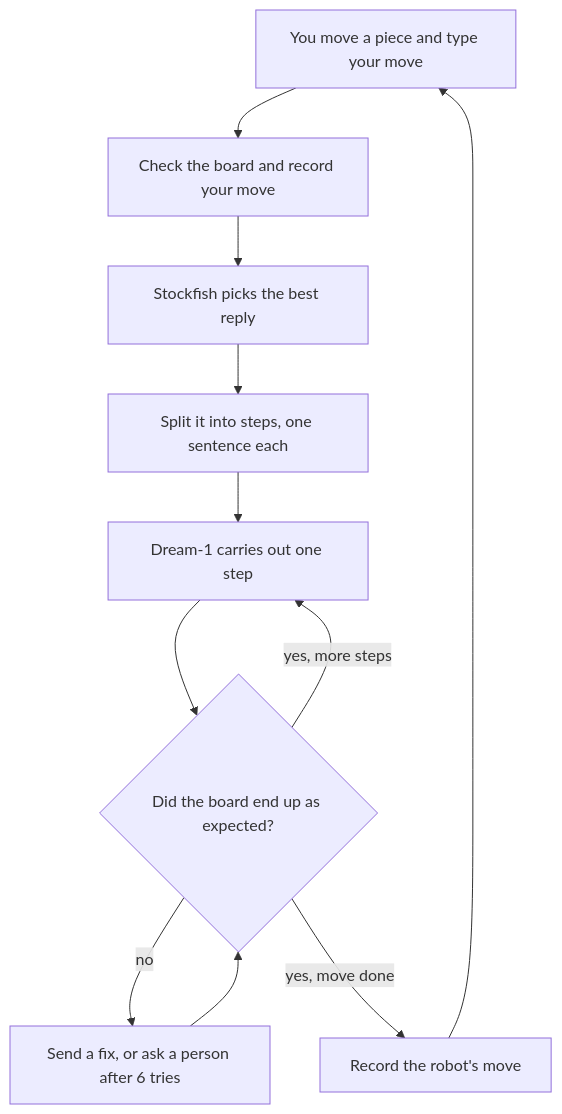
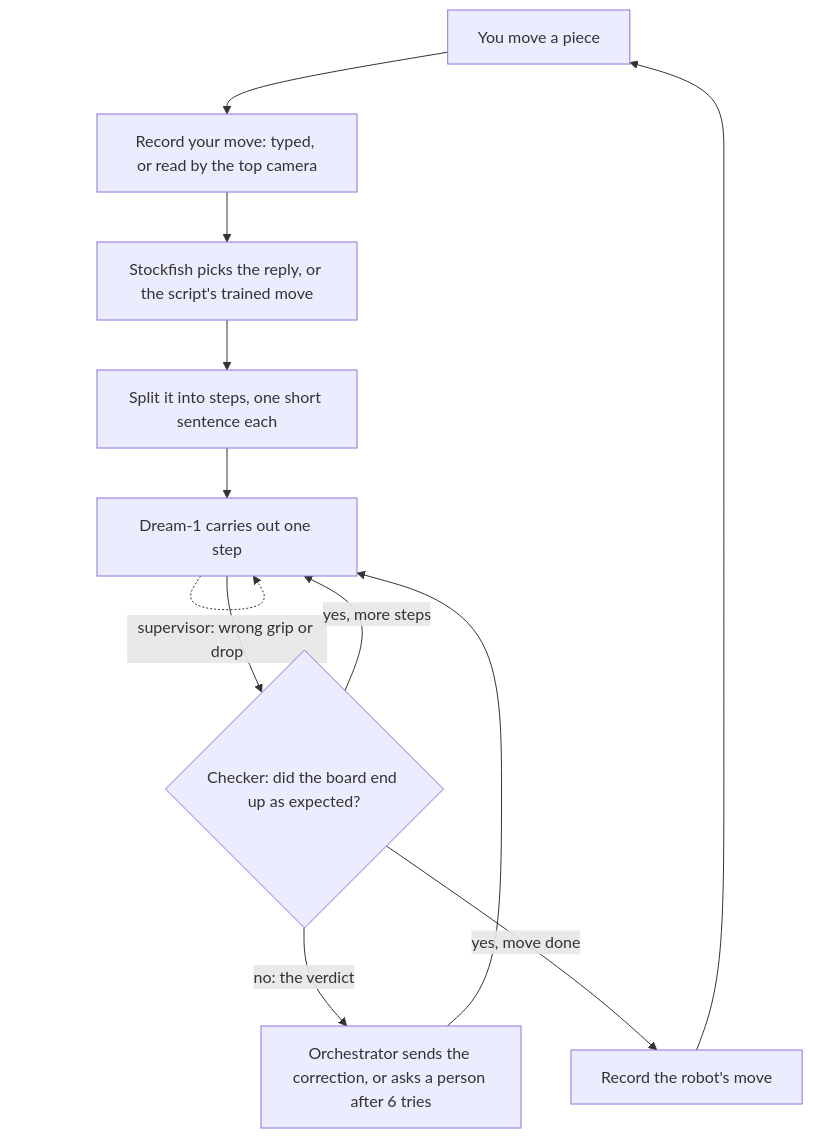
The first of 2 diagrams in README.md (aballal-source/dream-chess), drawn with Mermaid before and after one commit. The commit also changed other lines of this file, not shown here.

````diff
--- a/README.md
+++ b/README.md
@@ -46,13 +50,14 @@
 ```mermaid
 flowchart TD
-    You[You move a piece and type your move] --> Read[Check the board and record your move]
-    Read --> Brain[Stockfish picks the best reply]
-    Brain --> Plan[Split it into steps, one sentence each]
+    You[You move a piece] --> Read[Record your move: typed, or read by the top camera]
+    Read --> Brain[Stockfish picks the reply, or the script's trained move]
+    Brain --> Plan[Split it into steps, one short sentence each]
     Plan --> Hands[Dream-1 carries out one step]
-    Hands --> Check{Did the board end up as expected?}
-    Check -- no --> Fix[Send a fix, or ask a person after 6 tries]
-    Fix --> Check
+    Hands -. supervisor: wrong grip or drop .-> Hands
+    Hands --> Check{Checker: did the board end up as expected?}
+    Check -- no: the verdict --> Fix[Orchestrator sends the correction, or asks a person after 6 tries]
+    Fix --> Hands
     Check -- yes, more steps --> Hands
     Check -- yes, move done --> Record[Record the robot's move]
     Record --> You
 ```
````
